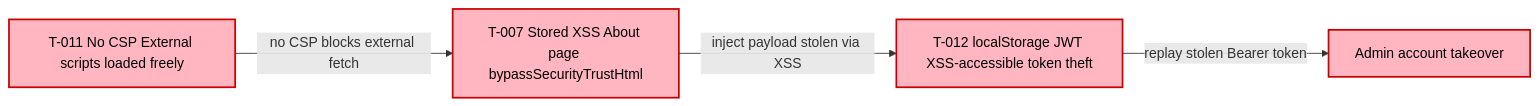
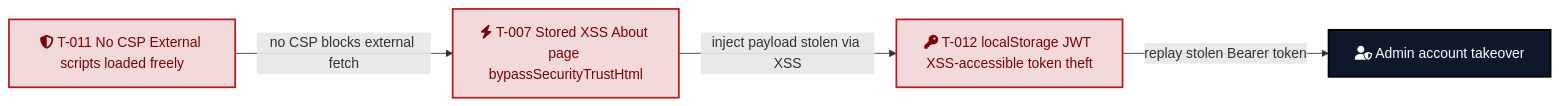
Before and after one commit to appsec-foundry/appsec-advisor: the sixth of 18 diagrams in examples/threat-modeler/threat-mode-juice-shop-standard.md, drawn with Mermaid. The commit also changed other lines of this file and 9 other files, not shown here.

Commit message:
mermaid diagrams improved

````diff
--- a/examples/threat-modeler/threat-mode-juice-shop-standard.md
+++ b/examples/threat-modeler/threat-mode-juice-shop-standard.md
@@ -683,15 +508,14 @@
 ```mermaid
 graph LR
-    classDef risk fill:#FFB6C1,stroke:#c00,color:#000,stroke-width:2px
-    classDef high fill:#FFE0B2,stroke:#E65100,color:#000
-    classDef ctrl fill:#C8E6C9,stroke:#2E7D32,color:#000
+    classDef risk   fill:#f3dada,stroke:#b71c1c,color:#7f0000,stroke-width:2px
+    classDef impact fill:#0f172a,stroke:#000,color:#fff,stroke-width:2px
 
-    T007[T-007 Stored XSS About page bypassSecurityTrustHtml]:::risk
-    T012[T-012 localStorage JWT XSS-accessible token theft]:::risk
-    T011[T-011 No CSP External scripts loaded freely]:::risk
-    ACCT[Admin account takeover]:::risk
+    T007["fa:fa-bolt T-007 Stored XSS About page bypassSecurityTrustHtml"]:::risk
+    T012["fa:fa-key T-012 localStorage JWT XSS-accessible token theft"]:::risk
+    T011["fa:fa-shield-halved T-011 No CSP External scripts loaded freely"]:::risk
+    ACCT["fa:fa-user-shield Admin account takeover"]:::impact
 
     T007 -->|"inject payload stolen via XSS"| T012
     T011 -->|"no CSP blocks external fetch"| T007
     T012 -->|"replay stolen Bearer token"| ACCT
 ```
````
